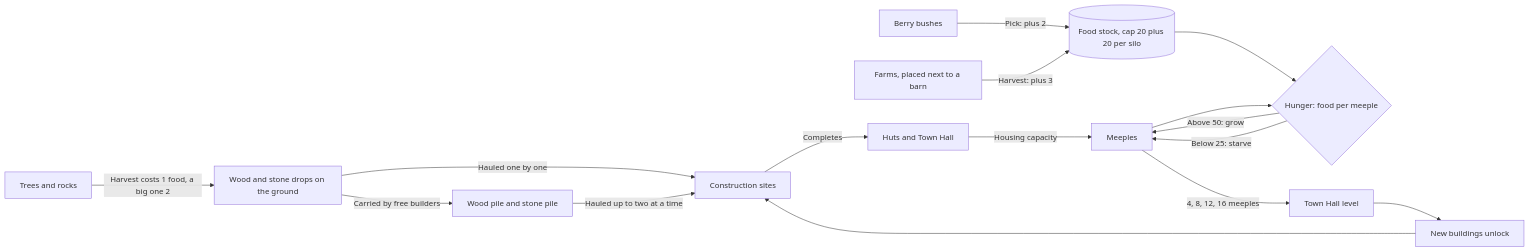
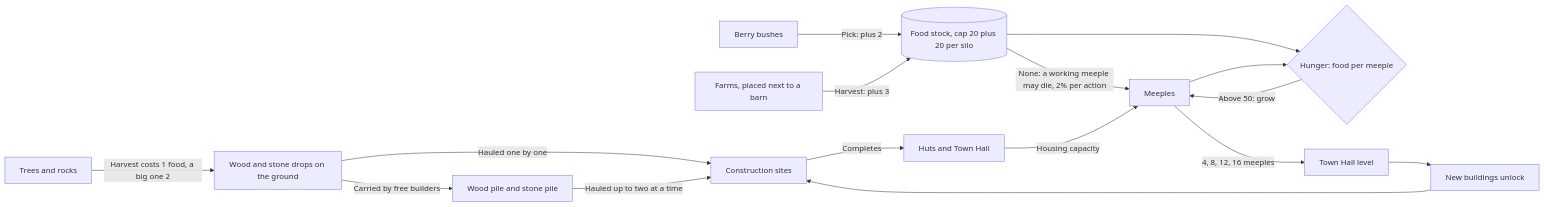
The second of 11 diagrams in docs/architecture.md (Liam-M-Mays/game-jam-2026), drawn with Mermaid before and after one commit. The commit also changed other lines of this file and 16 other files, not shown here.

First line of the commit message:
Meeples may die working with no food, and huts bring their meeples at once

````diff
--- a/docs/architecture.md
+++ b/docs/architecture.md
@@ -100,31 +100,31 @@
 ```mermaid
 flowchart LR
     tree["Trees and rocks"]
     bush["Berry bushes"]
     farm["Farms, placed next to a barn"]
     drops["Wood and stone drops on the ground"]
     piles["Wood pile and stone pile"]
     site["Construction sites"]
     huts["Huts and Town Hall"]
     food[("Food stock, cap 20 plus 20 per silo")]
     hunger{"Hunger: food per meeple"}
     meeples["Meeples"]
     hall["Town Hall level"]
     unlocks["New buildings unlock"]
 
     tree -->|"Harvest costs 1 food, a big one 2"| drops
     drops -->|"Hauled one by one"| site
     drops -->|"Carried by free builders"| piles
     piles -->|"Hauled up to two at a time"| site
     site -->|"Completes"| huts
     bush -->|"Pick: plus 2"| food
     farm -->|"Harvest: plus 3"| food
     food --> hunger
     meeples --> hunger
     hunger -->|"Above 50: grow"| meeples
-    hunger -->|"Below 25: starve"| meeples
+    food -->|"None: a working meeple may die, 2% per action"| meeples
     huts -->|"Housing capacity"| meeples
     meeples -->|"4, 8, 12, 16 meeples"| hall
     hall --> unlocks
     unlocks --> site
 ```
````
